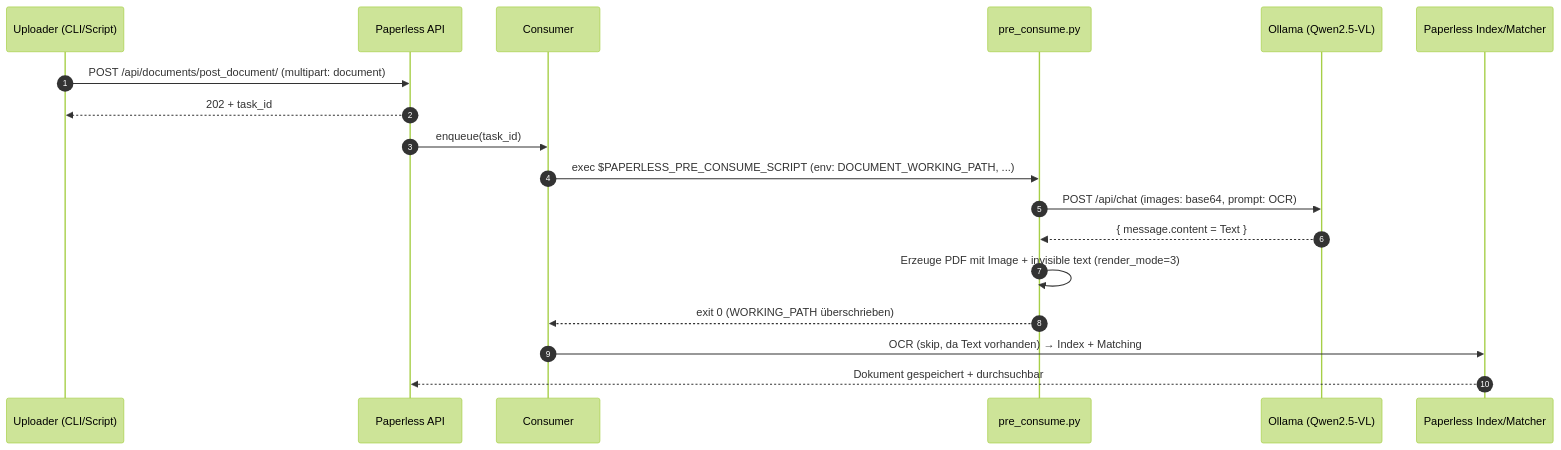
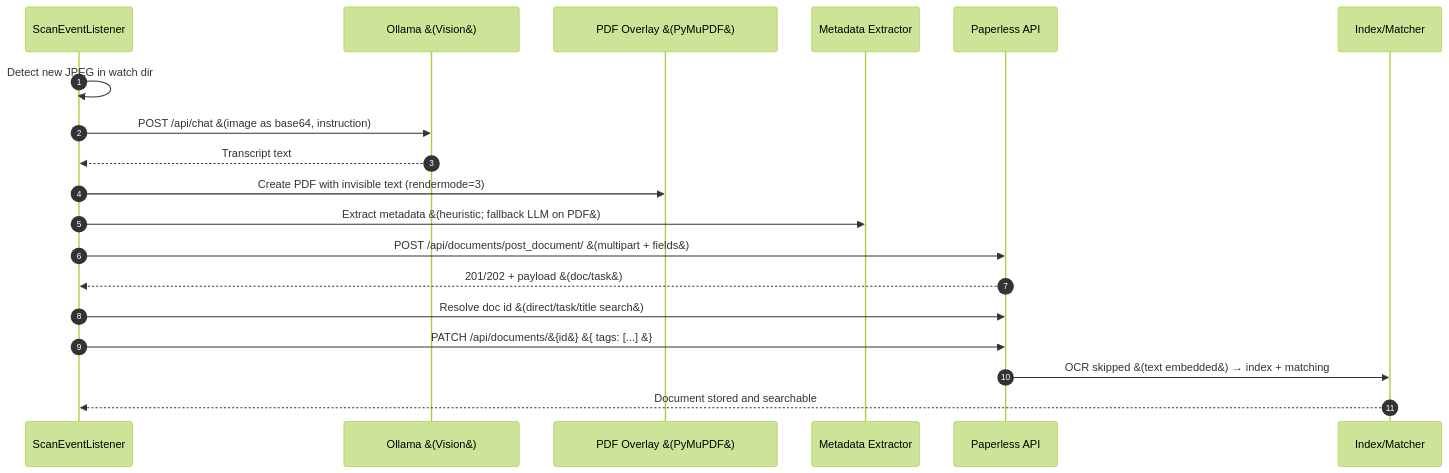
The second of 3 diagrams in diagrams.md (Nicolas2912/paperless-receipt-automation), drawn with Mermaid (forest theme) before and after one commit. The commit also changed other lines of this file and 3 other files, not shown here.

First line of the commit message:
docs: revamp README and diagrams; add commit guide

````diff
--- a/diagrams.md
+++ b/diagrams.md
@@ -17,21 +19,22 @@
 ```mermaid
 sequenceDiagram
     autonumber
-    participant U as Uploader (CLI/Script)
+    participant SL as ScanEventListener
+    participant O as Ollama &#40;Vision&#41;
+    participant PDF as PDF Overlay &#40;PyMuPDF&#41;
+    participant X as Metadata Extractor
     participant P as Paperless API
-    participant C as Consumer
-    participant H as pre_consume.py
-    participant O as Ollama (Qwen2.5-VL)
-    participant IDX as Paperless Index/Matcher
+    participant IDX as Index/Matcher
 
-    U->>P: POST /api/documents/post_document/ (multipart: document)
-    P-->>U: 202 + task_id
-    P->>C: enqueue(task_id)
-    C->>H: exec $PAPERLESS_PRE_CONSUME_SCRIPT (env: DOCUMENT_WORKING_PATH, ...)
-    H->>O: POST /api/chat (images: base64, prompt: OCR)
-    O-->>H: { message.content = Text }
-    H->>H: Erzeuge PDF mit Image + invisible text (render_mode=3)
-    H-->>C: exit 0 (WORKING_PATH überschrieben)
-    C->>IDX: OCR (skip, da Text vorhanden) → Index + Matching
-    IDX-->>P: Dokument gespeichert + durchsuchbar
+    SL->>SL: Detect new JPEG in watch dir
+    SL->>O: POST /api/chat &#40;image as base64, instruction#41;
+    O-->>SL: Transcript text
+    SL->>PDF: Create PDF with invisible text #40;rendermode=3#41;
+    SL->>X: Extract metadata &#40;heuristic#59; fallback LLM on PDF&#41;
+    SL->>P: POST /api/documents/post_document/ &#40;multipart + fields&#41;
+    P-->>SL: 201/202 + payload &#40;doc/task&#41;
+    SL->>P: Resolve doc id &#40;direct/task/title search&#41;
+    SL->>P: PATCH /api/documents/&#123;id&#125; &#123; tags: [...] &#125;
+    P->>IDX: OCR skipped &#40;text embedded&#41; → index + matching
+    IDX-->>SL: Document stored and searchable
 ```
````
